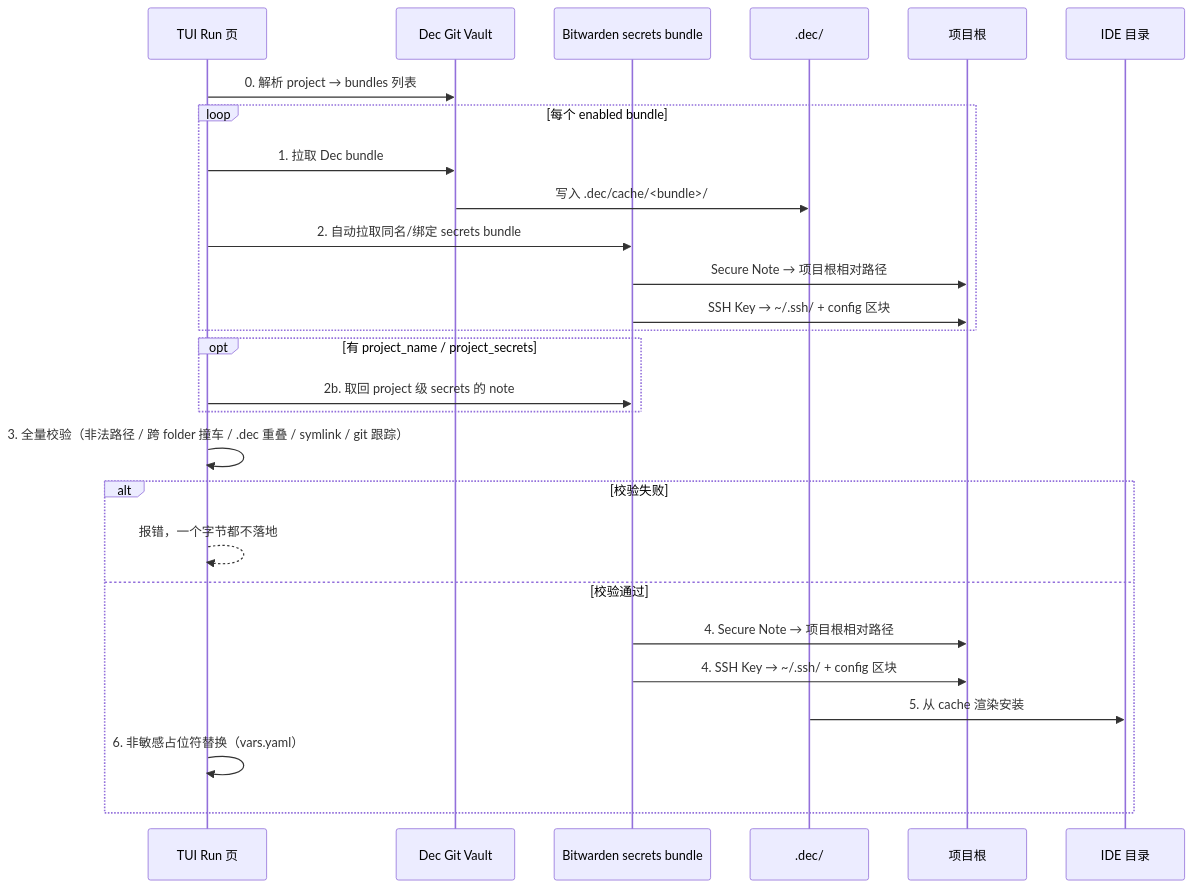
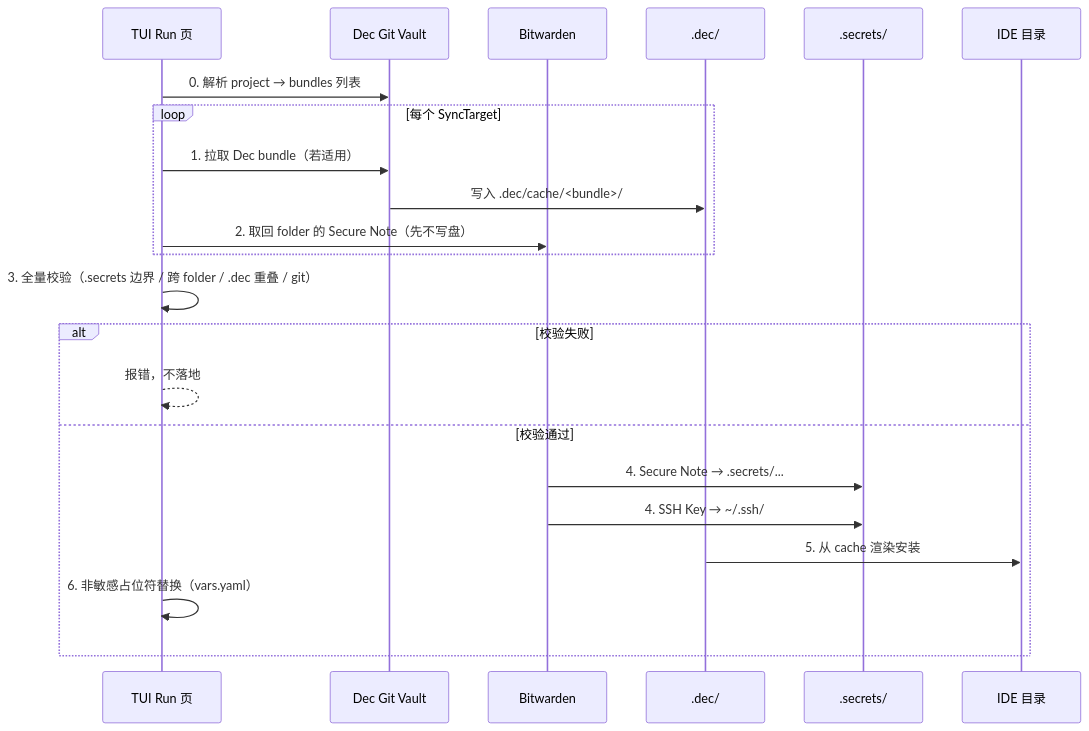
One commit to shichao402/Dec changed the diagram in Documents/BUNDLE-SECRETS-MODEL.md. Above: the diagram before and after it, drawn with Mermaid. The commit also changed other lines of this file and 87 other files, not shown here.

First line of the commit message:
feat(secrets): SyncTarget 落地与 TUI 跨页异步 IO

````diff
--- a/Documents/BUNDLE-SECRETS-MODEL.md
+++ b/Documents/BUNDLE-SECRETS-MODEL.md
@@ -229,30 +201,25 @@
 ```mermaid
 sequenceDiagram
   participant TUI as TUI Run 页
   participant Dec as Dec Git Vault
-  participant BW as Bitwarden secrets bundle
+  participant BW as Bitwarden
   participant DecRoot as .dec/
-  participant Proj as 项目根
+  participant Sec as .secrets/
   participant IDE as IDE 目录
 
   TUI->>Dec: 0. 解析 project → bundles 列表
-  loop 每个 enabled bundle
-    TUI->>Dec: 1. 拉取 Dec bundle
+  loop 每个 SyncTarget
+    TUI->>Dec: 1. 拉取 Dec bundle（若适用）
     Dec->>DecRoot: 写入 .dec/cache/<bundle>/
-    TUI->>BW: 2. 自动拉取同名/绑定 secrets bundle
-    BW->>Proj: Secure Note → 项目根相对路径
-    BW->>Proj: SSH Key → ~/.ssh/ + config 区块
+    TUI->>BW: 2. 取回 folder 的 Secure Note（先不写盘）
   end
-  opt 有 project_name / project_secrets
-    TUI->>BW: 2b. 取回 project 级 secrets 的 note
-  end
-  TUI->>TUI: 3. 全量校验（非法路径 / 跨 folder 撞车 / .dec 重叠 / symlink / git 跟踪）
+  TUI->>TUI: 3. 全量校验（.secrets 边界 / 跨 folder / .dec 重叠 / git）
   alt 校验失败
-    TUI-->>TUI: 报错，一个字节都不落地
+    TUI-->>TUI: 报错，不落地
   else 校验通过
-    BW->>Proj: 4. Secure Note → 项目根相对路径
-    BW->>Proj: 4. SSH Key → ~/.ssh/ + config 区块
+    BW->>Sec: 4. Secure Note → .secrets/...
+    BW->>Sec: 4. SSH Key → ~/.ssh/
     DecRoot->>IDE: 5. 从 cache 渲染安装
     TUI->>TUI: 6. 非敏感占位符替换（vars.yaml）
   end
 ```
````
